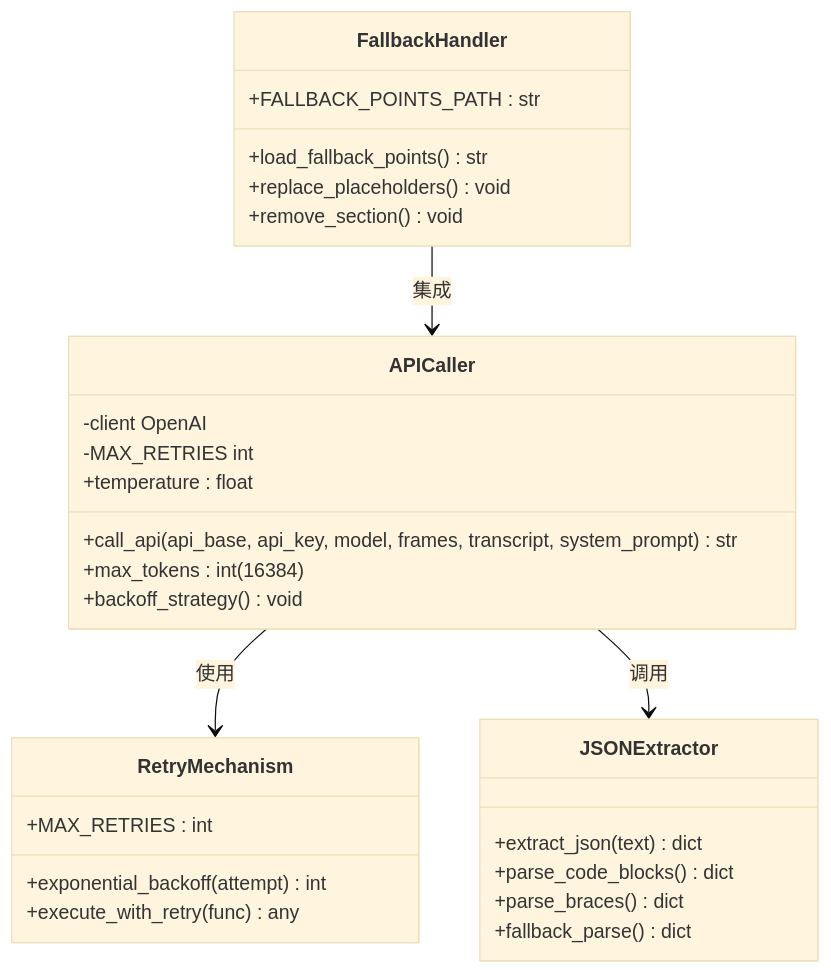
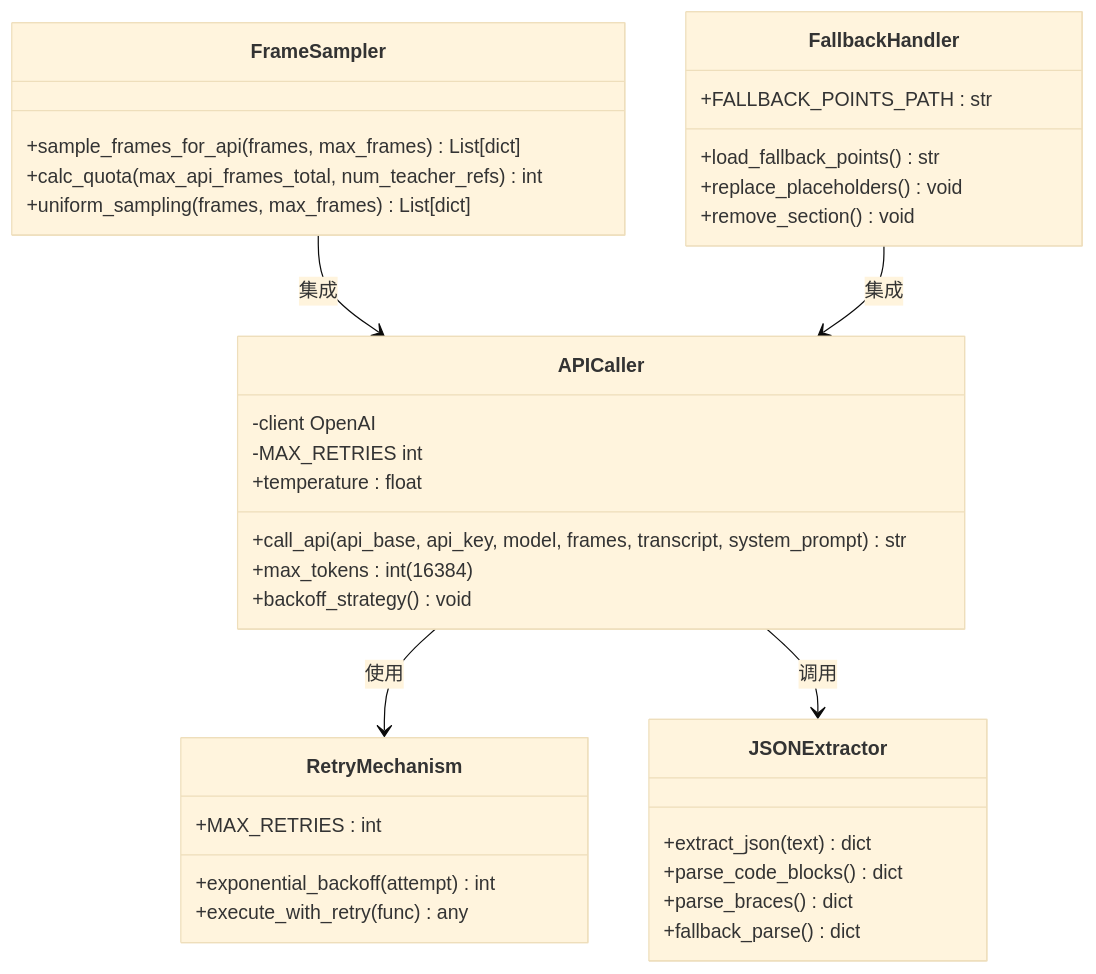
Before and after one commit to WongMingJiu/landingpage-test-hero-page: the fourth of 8 diagrams in .qoder/repowiki/zh/content/核心模块详解/多模态分析模块.md, drawn with Mermaid (base theme). The commit also changed other lines of this file and 6 other files, not shown here.

````diff
--- a/.qoder/repowiki/zh/content/核心模块详解/多模态分析模块.md
+++ b/.qoder/repowiki/zh/content/核心模块详解/多模态分析模块.md
@@ -247,31 +268,37 @@
 ```mermaid
 classDiagram
 class APICaller {
 +call_api(api_base, api_key, model, frames, transcript, system_prompt) str
 -client OpenAI
 -MAX_RETRIES int
 +temperature : float
 +max_tokens : int (16384)
 +backoff_strategy() void
+}
+class FrameSampler {
++sample_frames_for_api(frames, max_frames) List[dict]
++calc_quota(max_api_frames_total, num_teacher_refs) int
++uniform_sampling(frames, max_frames) List[dict]
 }
 class RetryMechanism {
 +MAX_RETRIES : int
 +exponential_backoff(attempt) int
 +execute_with_retry(func) any
 }
 class JSONExtractor {
 +extract_json(text) dict
 +parse_code_blocks() dict
 +parse_braces() dict
 +fallback_parse() dict
 }
 class FallbackHandler {
 +FALLBACK_POINTS_PATH : str
 +load_fallback_points() str
 +replace_placeholders() void
 +remove_section() void
 }
 APICaller --> RetryMechanism : 使用
 APICaller --> JSONExtractor : 调用
+FrameSampler --> APICaller : 集成
 FallbackHandler --> APICaller : 集成
 ```
````
